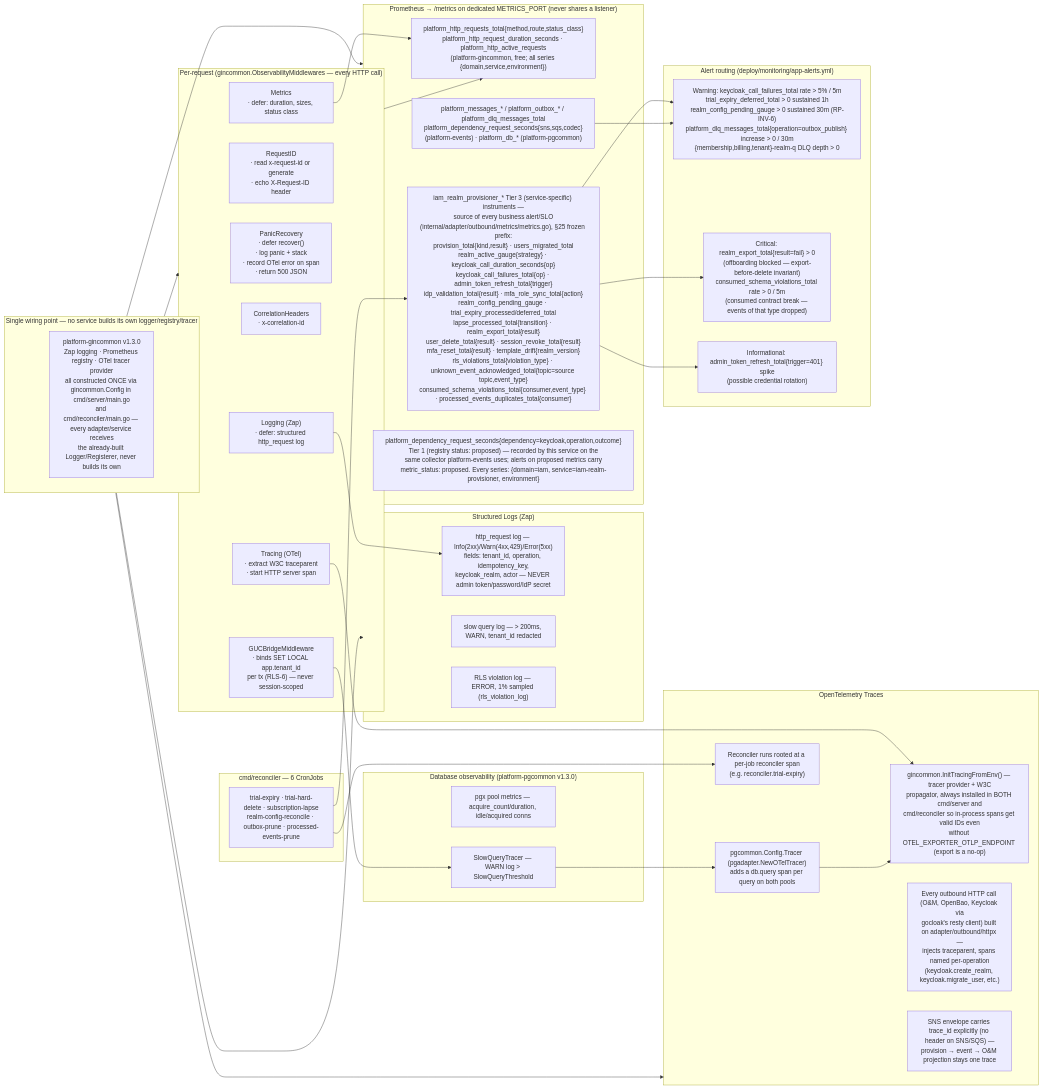
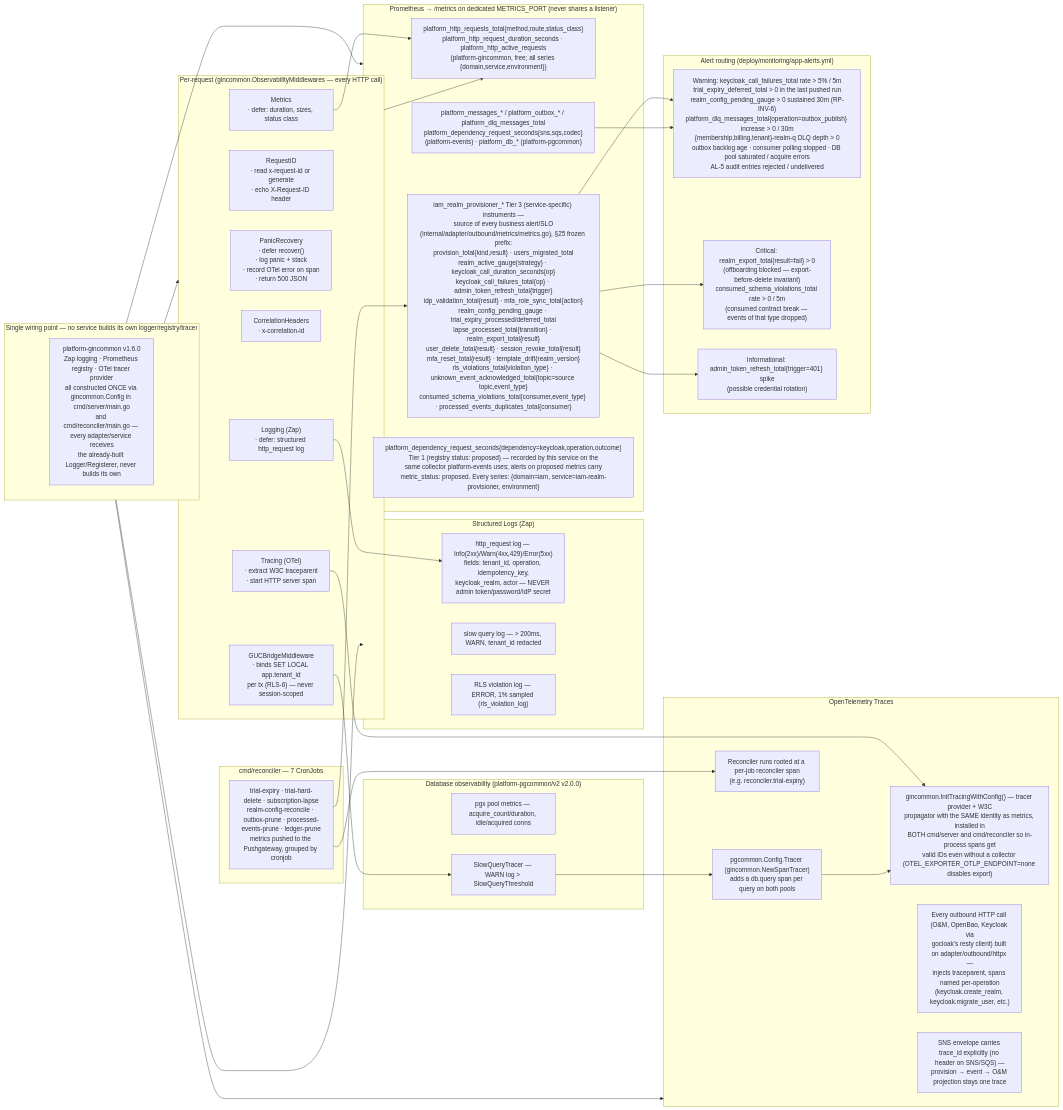
The eighth of 10 diagrams in ARCHITECTURE.md (BCBP-SOLUTIONS-FZC-LLC/iam-realm-provisioner), drawn with Mermaid before and after one commit. The commit also changed other lines of this file and 125 other files, not shown here.

````diff
--- a/ARCHITECTURE.md
+++ b/ARCHITECTURE.md
@@ -622,73 +623,73 @@
 ```mermaid
 graph LR
     subgraph request["Per-request (gincommon.ObservabilityMiddlewares — every HTTP call)"]
         panic["PanicRecovery\n· defer recover()\n· log panic + stack\n· record OTel error on span\n· return 500 JSON"]
         reqid["RequestID\n· read x-request-id or generate\n· echo X-Request-ID header"]
         trace["Tracing (OTel)\n· extract W3C traceparent\n· start HTTP server span"]
         corr["CorrelationHeaders\n· x-correlation-id"]
         metricsmw["Metrics\n· defer: duration, sizes, status class"]
         logging["Logging (Zap)\n· defer: structured http_request log"]
         guc["GUCBridgeMiddleware\n· binds SET LOCAL app.tenant_id\nper tx (RLS-6) — never session-scoped"]
     end
 
     subgraph gincommon_only["Single wiring point — no service builds its own logger/registry/tracer"]
-        gc1["platform-gincommon v1.3.0\nZap logging · Prometheus registry · OTel tracer provider\nall constructed ONCE via gincommon.Config in cmd/server/main.go\nand cmd/reconciler/main.go — every adapter/service receives\nthe already-built Logger/Registerer, never builds its own"]
+        gc1["platform-gincommon v1.6.0\nZap logging · Prometheus registry · OTel tracer provider\nall constructed ONCE via gincommon.Config in cmd/server/main.go\nand cmd/reconciler/main.go — every adapter/service receives\nthe already-built Logger/Registerer, never builds its own"]
     end
 
     subgraph prom["Prometheus  →  /metrics on dedicated METRICS_PORT (never shares a listener)"]
         p1["platform_http_requests_total{method,route,status_class}\nplatform_http_request_duration_seconds · platform_http_active_requests\n(platform-gincommon, free; all series {domain,service,environment})"]
         p2["platform_messages_* / platform_outbox_* / platform_dlq_messages_total\nplatform_dependency_request_seconds{sns,sqs,codec}\n(platform-events) · platform_db_* (platform-pgcommon)"]
         p3["iam_realm_provisioner_* Tier 3 (service-specific) instruments —\nsource of every business alert/SLO\n(internal/adapter/outbound/metrics/metrics.go), §25 frozen prefix:\nprovision_total{kind,result} · users_migrated_total\nrealm_active_gauge{strategy} · keycloak_call_duration_seconds{op}\nkeycloak_call_failures_total{op} · admin_token_refresh_total{trigger}\nidp_validation_total{result} · mfa_role_sync_total{action}\nrealm_config_pending_gauge · trial_expiry_processed/deferred_total\nlapse_processed_total{transition} · realm_export_total{result}\nuser_delete_total{result} · session_revoke_total{result}\nmfa_reset_total{result} · template_drift{realm_version}\nrls_violations_total{violation_type} · unknown_event_acknowledged_total{topic=source topic,event_type}\nconsumed_schema_violations_total{consumer,event_type} · processed_events_duplicates_total{consumer}"]
         p4["platform_dependency_request_seconds{dependency=keycloak,operation,outcome}
 Tier 1 (registry status: proposed) — recorded by this service on the
 same collector platform-events uses; alerts on proposed metrics carry
 metric_status: proposed. Every series: {domain=iam, service=iam-realm-provisioner, environment}"]
     end
 
     subgraph otel["OpenTelemetry Traces"]
-        ot1["gincommon.InitTracingFromEnv() — tracer provider + W3C\npropagator, always installed in BOTH cmd/server and\ncmd/reconciler so in-process spans get valid IDs even\nwithout OTEL_EXPORTER_OTLP_ENDPOINT (export is a no-op)"]
-        ot2["pgcommon.Config.Tracer (pgadapter.NewOTelTracer)\nadds a db.query span per query on both pools"]
+        ot1["gincommon.InitTracingWithConfig() — tracer provider + W3C\npropagator with the SAME identity as metrics, installed in\nBOTH cmd/server and cmd/reconciler so in-process spans get\nvalid IDs even without a collector (OTEL_EXPORTER_OTLP_ENDPOINT=none disables export)"]
+        ot2["pgcommon.Config.Tracer (gincommon.NewSpanTracer)\nadds a db.query span per query on both pools"]
         ot3["Every outbound HTTP call (O&M, OpenBao, Keycloak via\ngocloak's resty client) built on adapter/outbound/httpx —\ninjects traceparent, spans named per-operation\n(keycloak.create_realm, keycloak.migrate_user, etc.)"]
         ot4["SNS envelope carries trace_id explicitly (no header on SNS/SQS) —\nprovision → event → O&M projection stays one trace"]
         ot5["Reconciler runs rooted at a per-job reconciler span\n(e.g. reconciler.trial-expiry)"]
     end
 
     subgraph logs["Structured Logs (Zap)"]
         l1["http_request log — Info(2xx)/Warn(4xx,429)/Error(5xx)\nfields: tenant_id, operation, idempotency_key,\nkeycloak_realm, actor — NEVER admin token/password/IdP secret"]
         l2["slow query log — > 200ms, WARN, tenant_id redacted"]
         l3["RLS violation log — ERROR, 1% sampled (rls_violation_log)"]
     end
 
-    subgraph db_obs["Database observability (platform-pgcommon v1.3.0)"]
+    subgraph db_obs["Database observability (platform-pgcommon/v2 v2.0.0)"]
         db1["pgx pool metrics — acquire_count/duration, idle/acquired conns"]
         db2["SlowQueryTracer — WARN log > SlowQueryThreshold"]
     end
 
-    subgraph cron["cmd/reconciler — 6 CronJobs"]
-        c1["trial-expiry · trial-hard-delete · subscription-lapse\nrealm-config-reconcile · outbox-prune · processed-events-prune"]
+    subgraph cron["cmd/reconciler — 7 CronJobs"]
+        c1["trial-expiry · trial-hard-delete · subscription-lapse\nrealm-config-reconcile · outbox-prune · processed-events-prune · ledger-prune\nmetrics pushed to the Pushgateway, grouped by cronjob"]
     end
 
     subgraph alerts["Alert routing (deploy/monitoring/app-alerts.yml)"]
-        a1["Warning: keycloak_call_failures_total rate > 5% / 5m\ntrial_expiry_deferred_total > 0 sustained 1h\nrealm_config_pending_gauge > 0 sustained 30m (RP-INV-6)\nplatform_dlq_messages_total{operation=outbox_publish} increase > 0 / 30m\n{membership,billing,tenant}-realm-q DLQ depth > 0"]
+        a1["Warning: keycloak_call_failures_total rate > 5% / 5m\ntrial_expiry_deferred_total > 0 in the last pushed run\nrealm_config_pending_gauge > 0 sustained 30m (RP-INV-6)\nplatform_dlq_messages_total{operation=outbox_publish} increase > 0 / 30m\n{membership,billing,tenant}-realm-q DLQ depth > 0\noutbox backlog age · consumer polling stopped · DB pool saturated / acquire errors\nAL-5 audit entries rejected / undelivered"]
         a2["Critical: realm_export_total{result=fail} > 0\n(offboarding blocked — export-before-delete invariant)\nconsumed_schema_violations_total rate > 0 / 5m\n(consumed contract break — events of that type dropped)"]
         a3["Informational: admin_token_refresh_total{trigger=401} spike\n(possible credential rotation)"]
     end
 
     gincommon_only --> request
     gincommon_only --> prom
     gincommon_only --> logs
     gincommon_only --> otel
     request --> p1
     metricsmw --> p1
     trace --> ot1
     logging --> l1
     guc --> db2
     db2 --> ot2
     ot2 --> ot1
     c1 --> p3
     c1 --> ot5
     p3 --> a1
     p3 --> a2
     p3 --> a3
     p2 --> a1
 ```
````
